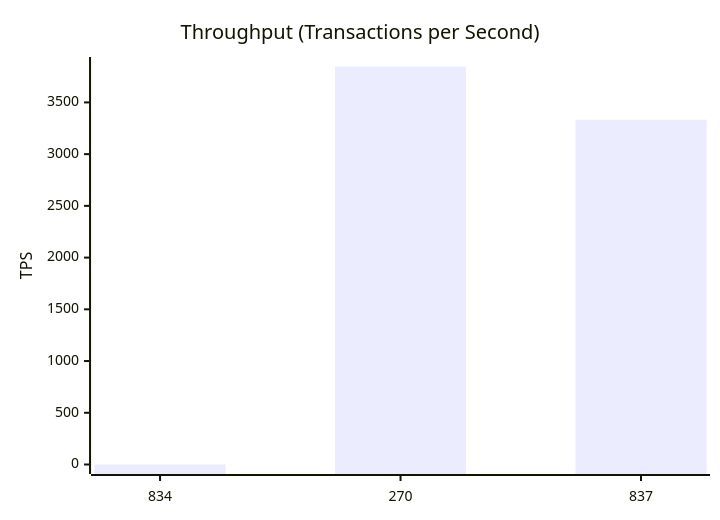
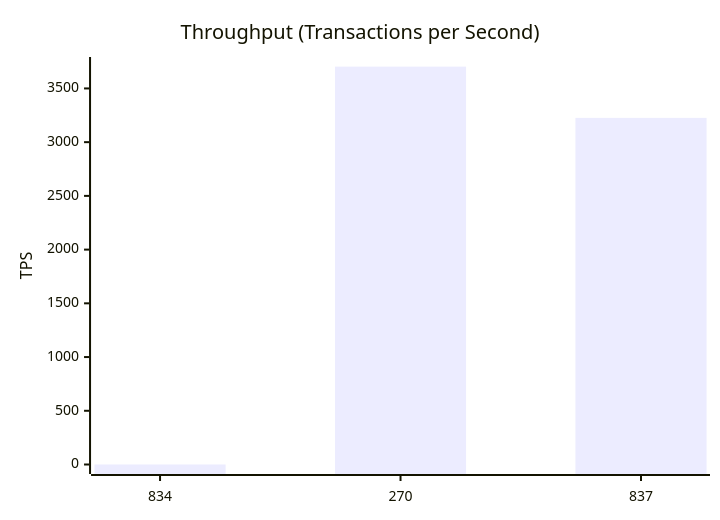
The second of 10 diagrams in test-tools/DataGen/src/Statistics_Visualizer.md (dhagan-va/intern-2025), drawn with Mermaid before and after one commit. The commit also changed other lines of this file and 3 other files, not shown here.

````diff
--- a/test-tools/DataGen/src/Statistics_Visualizer.md
+++ b/test-tools/DataGen/src/Statistics_Visualizer.md
@@ -28,7 +28,7 @@
 ```mermaid
 xychart-beta
     title "Throughput (Transactions per Second)"
     x-axis ["834", "270", "837"]
-    y-axis "TPS" 0 --> 3847.153846153846
-    bar [0.0, 3846.153846153846, 3333.0000333300004]
+    y-axis "TPS" 0 --> 3704.155088135091
+    bar [0.0, 3703.155088135091, 3225.8064516129034]
 ```
````
